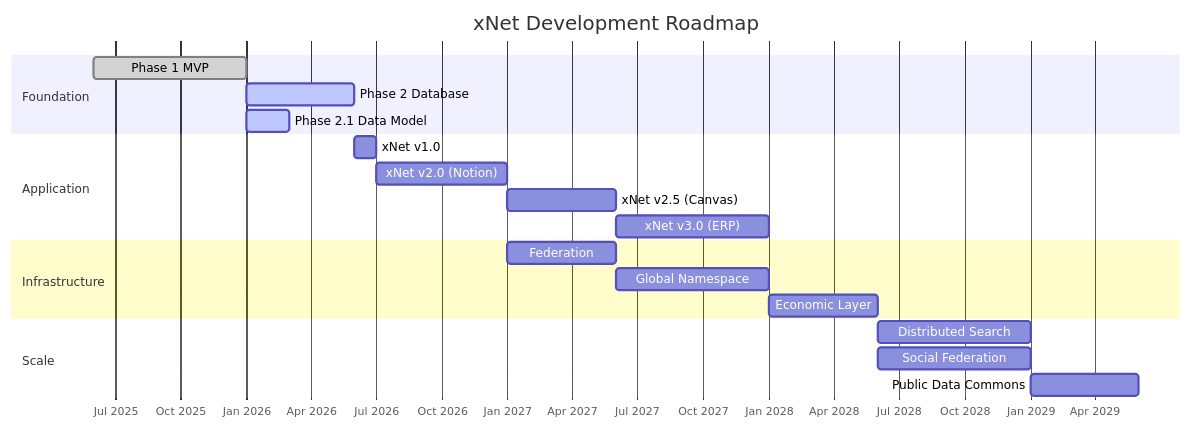
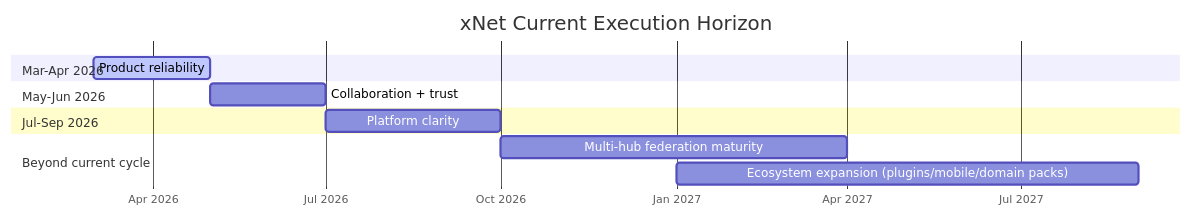
Before and after one commit to crs48/xNet: the sixth of 6 diagrams in docs/VISION.md, drawn with Mermaid. The commit also changed other lines of this file and 2 other files, not shown here.

Commit message:
docs(roadmap): refresh plan and align docs status

````diff
--- a/docs/VISION.md
+++ b/docs/VISION.md
@@ -443,27 +431,19 @@
 ```mermaid
 gantt
-    title xNet Development Roadmap
+    title xNet Current Execution Horizon
     dateFormat  YYYY-MM
     axisFormat  %b %Y
 
-    section Foundation
-    Phase 1 MVP              :done, 2025-06, 2026-01
-    Phase 2 Database         :active, 2026-01, 2026-06
-    Phase 2.1 Data Model     :active, 2026-01, 2026-03
+    section Mar-Apr 2026
+    Product reliability      :active, 2026-03, 2026-05
 
-    section Application
-    xNet v1.0              :2026-06, 2026-07
-    xNet v2.0 (Notion)     :2026-07, 2027-01
-    xNet v2.5 (Canvas)     :2027-01, 2027-06
-    xNet v3.0 (ERP)        :2027-06, 2028-01
+    section May-Jun 2026
+    Collaboration + trust    :2026-05, 2026-07
 
-    section Infrastructure
-    Federation               :2027-01, 2027-06
-    Global Namespace         :2027-06, 2028-01
-    Economic Layer           :2028-01, 2028-06
+    section Jul-Sep 2026
+    Platform clarity         :2026-07, 2026-10
 
-    section Scale
-    Distributed Search       :2028-06, 2029-01
-    Social Federation        :2028-06, 2029-01
-    Public Data Commons      :2029-01, 2029-06
+    section Beyond current cycle
+    Multi-hub federation maturity :2026-10, 2027-04
+    Ecosystem expansion (plugins/mobile/domain packs) :2027-01, 2027-09
 ```
````
